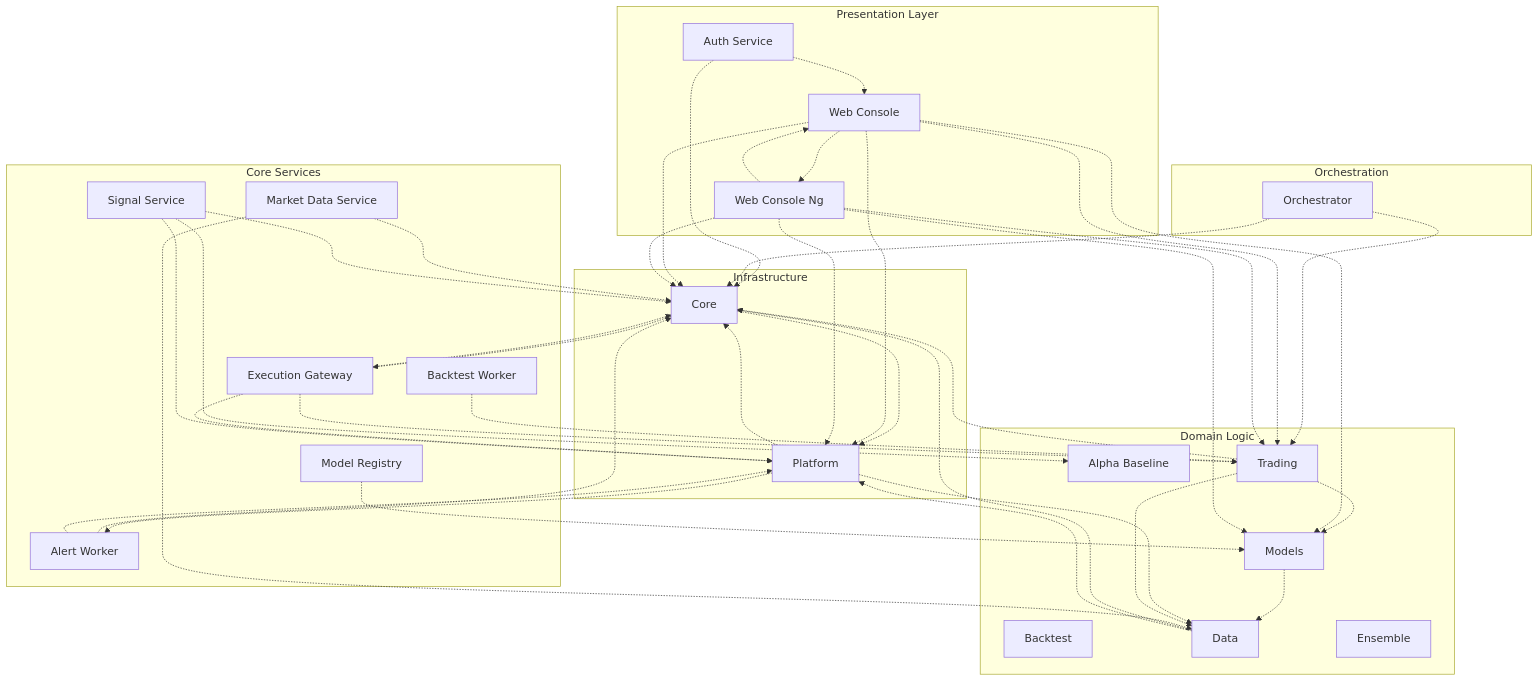
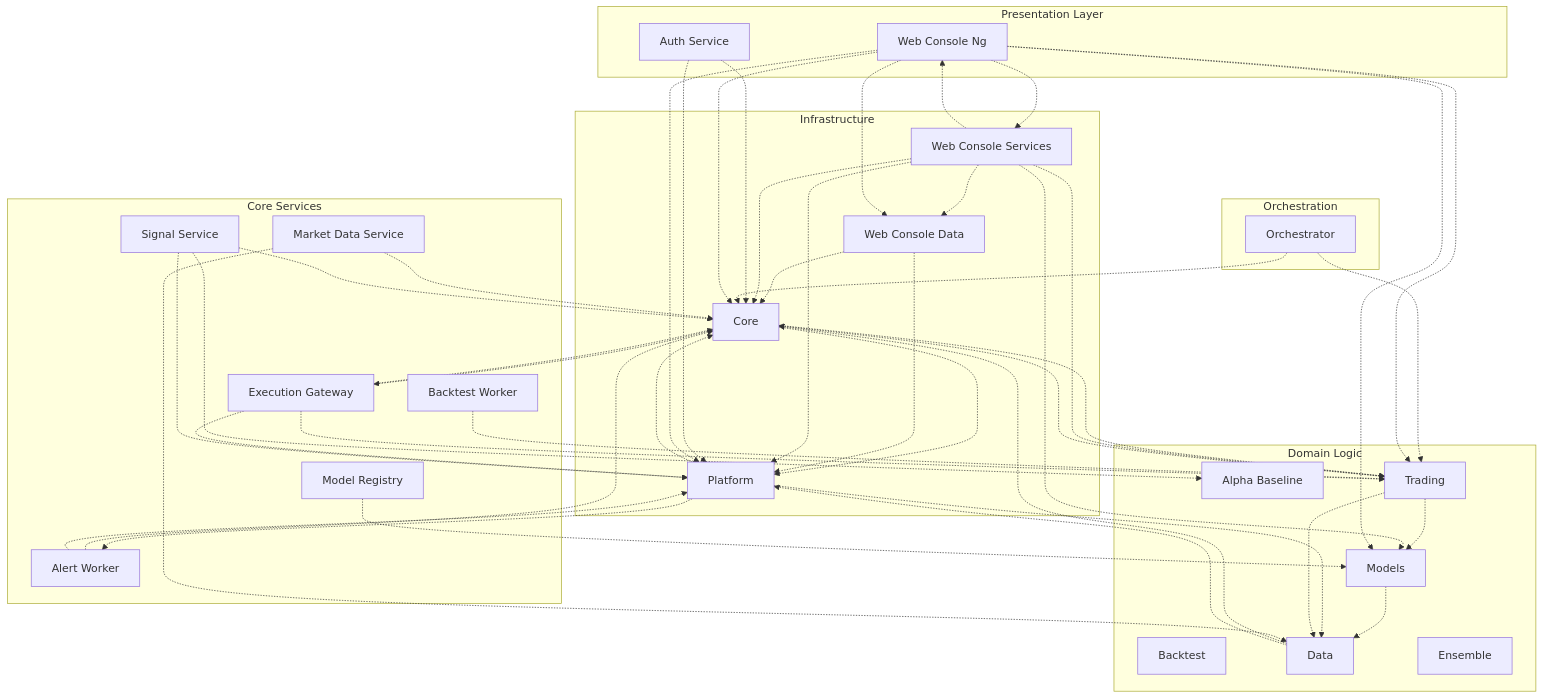
The diagram in docs/ARCHITECTURE/system_map_deps.md (LeeeWayyy/trading_platform), drawn with Mermaid before and after one commit. The commit also changed 115 other files, not shown here.

First line of the commit message:
feat: Complete Web Console Migration to libs structure

```diff
--- a/docs/ARCHITECTURE/system_map_deps.md
+++ b/docs/ARCHITECTURE/system_map_deps.md
@@ -4,7 +4,6 @@
 flowchart TB
   subgraph presentation["Presentation Layer"]
     svc_auth_service["Auth Service"]
-    svc_web_console["Web Console"]
     svc_web_console_ng["Web Console Ng"]
   end
   subgraph orchestration["Orchestration"]
@@ -29,9 +28,12 @@
   subgraph infra["Infrastructure"]
     lib_core["Core"]
     lib_platform["Platform"]
+    lib_web_console_data["Web Console Data"]
+    lib_web_console_services["Web Console Services"]
   end
 
   lib_core -.-> lib_platform
+  lib_core -.-> lib_trading
   lib_core -.-> svc_execution_gateway
   lib_data -.-> lib_core
   lib_data -.-> lib_platform
@@ -42,10 +44,18 @@
   lib_trading -.-> lib_core
   lib_trading -.-> lib_data
   lib_trading -.-> lib_models
+  lib_web_console_data -.-> lib_core
+  lib_web_console_data -.-> lib_platform
+  lib_web_console_services -.-> lib_core
+  lib_web_console_services -.-> lib_models
+  lib_web_console_services -.-> lib_platform
+  lib_web_console_services -.-> lib_trading
+  lib_web_console_services -.-> lib_web_console_data
+  lib_web_console_services -.-> svc_web_console_ng
   svc_alert_worker -.-> lib_core
   svc_alert_worker -.-> lib_platform
   svc_auth_service -.-> lib_core
-  svc_auth_service -.-> svc_web_console
+  svc_auth_service -.-> lib_platform
   svc_backtest_worker -.-> lib_trading
   svc_execution_gateway -.-> lib_core
   svc_execution_gateway -.-> lib_platform
@@ -58,16 +68,12 @@
   svc_signal_service -.-> lib_core
   svc_signal_service -.-> lib_platform
   svc_signal_service -.-> strat_alpha_baseline
-  svc_web_console -.-> lib_core
-  svc_web_console -.-> lib_models
-  svc_web_console -.-> lib_platform
-  svc_web_console -.-> lib_trading
-  svc_web_console -.-> svc_web_console_ng
   svc_web_console_ng -.-> lib_core
   svc_web_console_ng -.-> lib_models
   svc_web_console_ng -.-> lib_platform
   svc_web_console_ng -.-> lib_trading
-  svc_web_console_ng -.-> svc_web_console
+  svc_web_console_ng -.-> lib_web_console_data
+  svc_web_console_ng -.-> lib_web_console_services
 
   %% Click links to documentation
   click svc_alert_worker "../SPECS/services/alert_worker.md"
@@ -78,13 +84,14 @@
   click svc_model_registry "../SPECS/services/model_registry.md"
   click svc_orchestrator "../SPECS/services/orchestrator.md"
   click svc_signal_service "../SPECS/services/signal_service.md"
-  click svc_web_console "../SPECS/services/web_console.md"
   click svc_web_console_ng "../SPECS/services/web_console_ng.md"
   click lib_core "../SPECS/libs/core.md"
   click lib_data "../SPECS/libs/data.md"
   click lib_models "../SPECS/libs/models.md"
   click lib_platform "../SPECS/libs/platform.md"
   click lib_trading "../SPECS/libs/trading.md"
+  click lib_web_console_data "../SPECS/libs/web_console_data.md"
+  click lib_web_console_services "../SPECS/libs/web_console_services.md"
   click strat_alpha_baseline "../SPECS/strategies/alpha_baseline.md"
   click strat_backtest "../SPECS/strategies/backtest.md"
   click strat_ensemble "../SPECS/strategies/ensemble.md"
```
